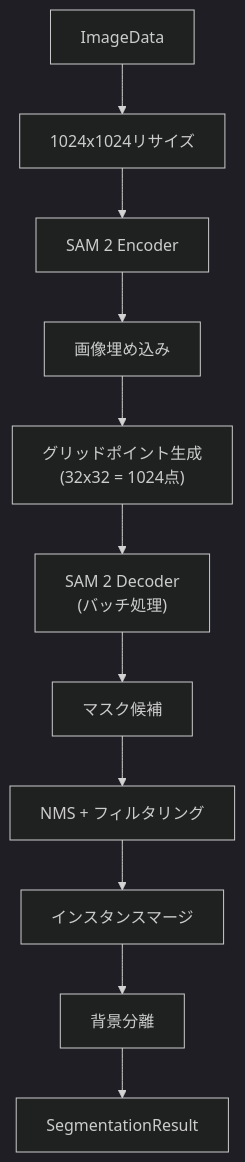
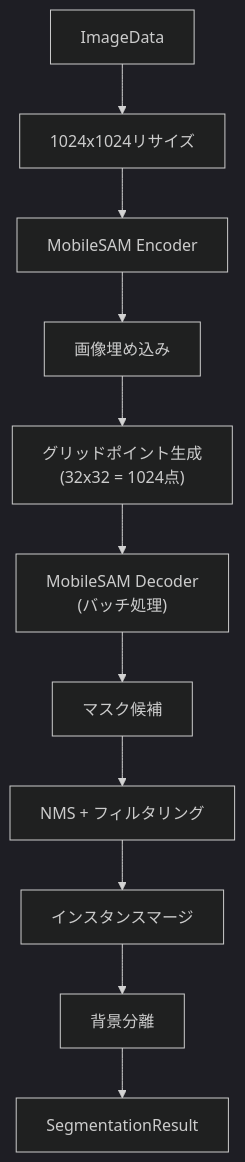
One commit to antaku66/parallax-image-generator changed the second of 2 diagrams in docs/03-Pipeline.md. Above: the diagram before and after it, drawn with Mermaid. The commit also changed other lines of this file and 3 other files, not shown here.

````diff
--- a/docs/03-Pipeline.md
+++ b/docs/03-Pipeline.md
@@ -113,14 +114,14 @@
 ```mermaid
 %%{init: {'theme': 'dark'}}%%
 flowchart TD
     A["ImageData"] --> B["1024x1024リサイズ"]
-    B --> C["SAM 2 Encoder"]
+    B --> C["MobileSAM Encoder"]
     C --> D["画像埋め込み"]
     D --> E["グリッドポイント生成<br/>(32x32 = 1024点)"]
-    E --> F["SAM 2 Decoder<br/>(バッチ処理)"]
+    E --> F["MobileSAM Decoder<br/>(バッチ処理)"]
     F --> G["マスク候補"]
     G --> H["NMS + フィルタリング"]
     H --> I["インスタンスマージ"]
     I --> J["背景分離"]
     J --> K["SegmentationResult"]
 ```
````
